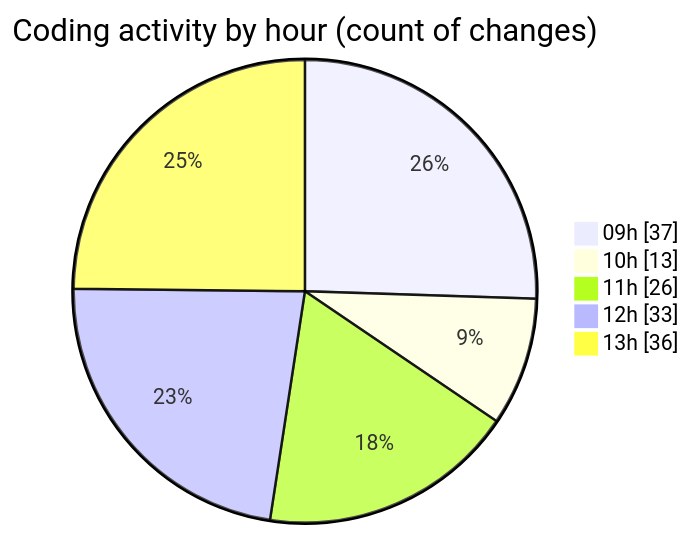
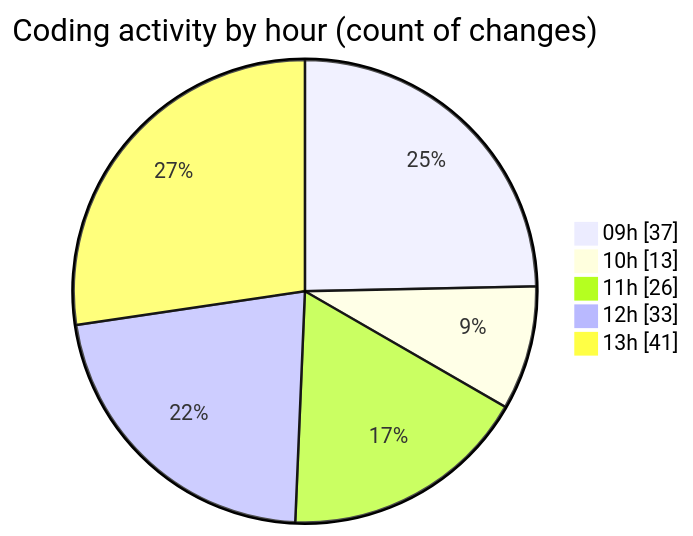
One commit to momahboobian/code-tracking changed the second of 2 diagrams in 2026-04-23/cda/README.md. Above: the diagram before and after it, drawn with Mermaid. The commit also changed other lines of this file and 1 other file, not shown here.

````diff
--- a/2026-04-23/cda/README.md
+++ b/2026-04-23/cda/README.md
@@ -53,9 +53,9 @@
 ```mermaid
 pie showData
 title Coding activity by hour (count of changes)
 "09h" : 37
 "10h" : 13
 "11h" : 26
 "12h" : 33
-"13h" : 36
+"13h" : 41
 ```
````
